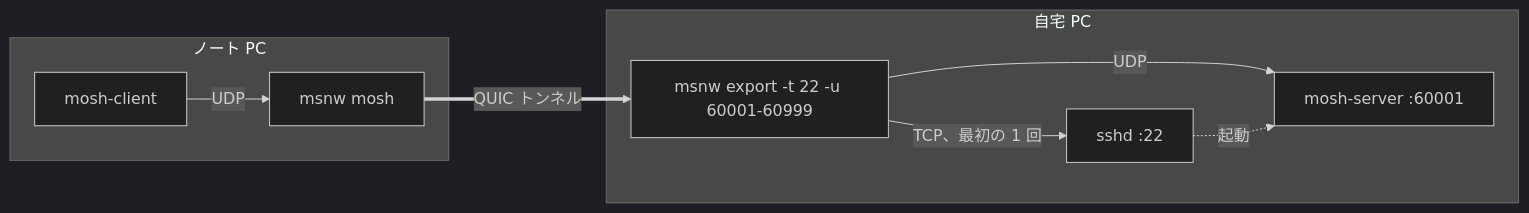
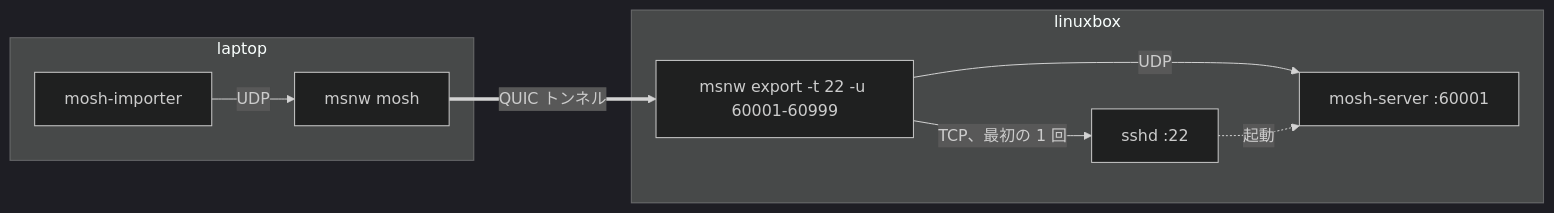
Before and after one commit to ikeji/mysmallnetwork: the fourth of 7 diagrams in README.ja.md, drawn with Mermaid (dark theme). The commit also changed other lines of this file and 6 other files, not shown here.

First line of the commit message:
README: importer wording, linuxbox examples, export/import http.server example

````diff
--- a/README.ja.md
+++ b/README.ja.md
@@ -132,12 +135,12 @@
 ```mermaid
 flowchart LR
-    subgraph laptop["ノート PC"]
-        mc["mosh-client"] -->|UDP| mm["msnw mosh"]
+    subgraph laptop
+        mc["mosh-importer"] -->|UDP| mm["msnw mosh"]
     end
-    subgraph home["自宅 PC"]
+    subgraph linuxbox
         ex["msnw export -t 22 -u 60001-60999"] -->|UDP| ms["mosh-server :60001"]
         ex -->|"TCP、最初の 1 回"| sshd["sshd :22"]
         sshd -.->|起動| ms
     end
     mm ==>|QUIC トンネル| ex
 ```
````
